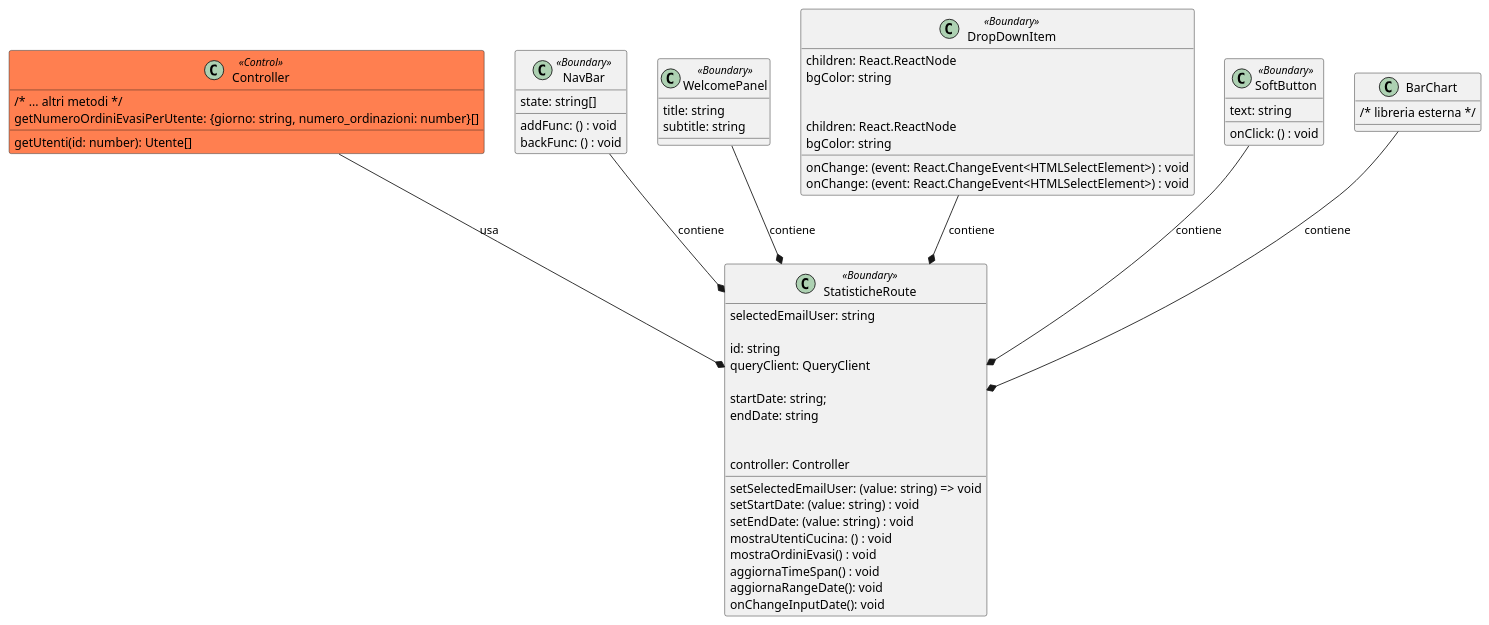
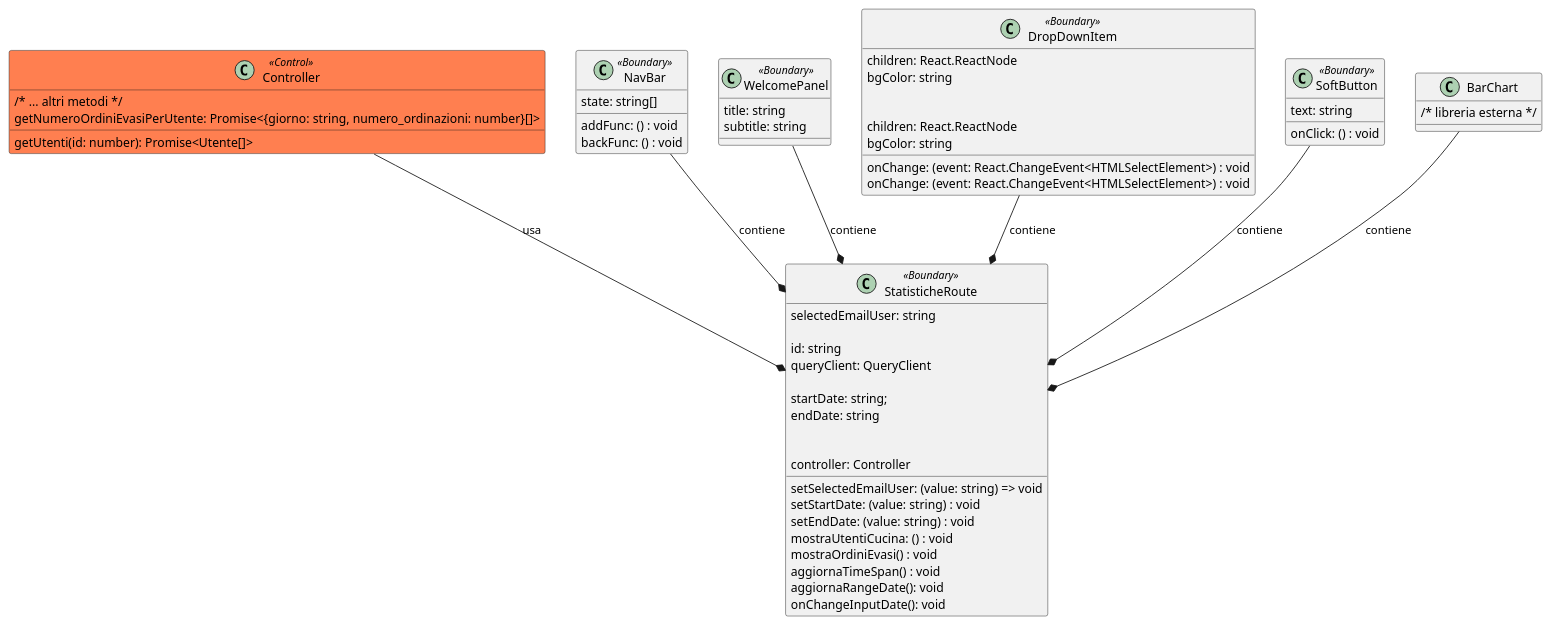
One commit to macro21KGB/Esame-INGSW-22-23 changed the diagram in diagrams/PUML/routes/Statistiche.puml. Above: the diagram before and after it, drawn with PlantUML. The commit also changed 4 other files, not shown here.

```diff
--- a/diagrams/PUML/routes/Statistiche.puml
+++ b/diagrams/PUML/routes/Statistiche.puml
@@ -1,84 +1,84 @@
 @startuml Statistiche
 
 class Controller <<Control>> #coral {
     /* ... altri metodi */
-    getUtenti(id: number): Utente[]
-    getNumeroOrdiniEvasiPerUtente: {giorno: string, numero_ordinazioni: number}[]
+    getUtenti(id: number): Promise<Utente[]>
+    getNumeroOrdiniEvasiPerUtente: Promise<{giorno: string, numero_ordinazioni: number}[]>
 
 }
 
 class StatisticheRoute <<Boundary>> {
   selectedEmailUser: string
   setSelectedEmailUser: (value: string) => void
 
   id: string
   queryClient: QueryClient
 
   startDate: string;
   endDate: string
 
   setStartDate: (value: string) : void
   setEndDate: (value: string) : void
 
   controller: Controller
 
   mostraUtentiCucina: () : void
   mostraOrdiniEvasi() : void
   aggiornaTimeSpan() : void
   aggiornaRangeDate(): void
   onChangeInputDate(): void
 
 }
 
 class NavBar <<Boundary>> {
 
 	addFunc: () : void
 	backFunc: () : void
 	state: string[]
 }
 
 class WelcomePanel <<Boundary>> {
 
     title: string
     subtitle: string
 
 }
 
 class DropDownItem <<Boundary>> {
 
     children: React.ReactNode
     onChange: (event: React.ChangeEvent<HTMLSelectElement>) : void
     bgColor: string
 
 }
 
 class DropDownItem <<Boundary>> {
 
     children: React.ReactNode
     onChange: (event: React.ChangeEvent<HTMLSelectElement>) : void
     bgColor: string
 
 }
 
 
 class SoftButton <<Boundary>> {
 
     text: string
     onClick: () : void
 
 }
 
 class BarChart {
   /* libreria esterna */
 }
 
 
 
 BarChart--* StatisticheRoute : contiene
 NavBar--* StatisticheRoute : contiene
 WelcomePanel--* StatisticheRoute : contiene
 
 SoftButton--* StatisticheRoute : contiene
 DropDownItem--* StatisticheRoute : contiene
 Controller--* StatisticheRoute : usa
 @enduml
```
